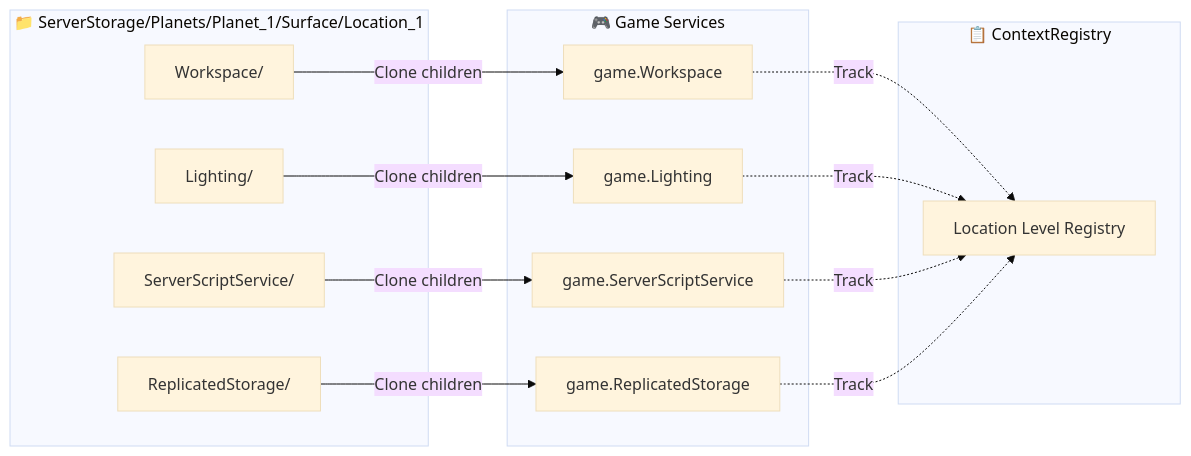
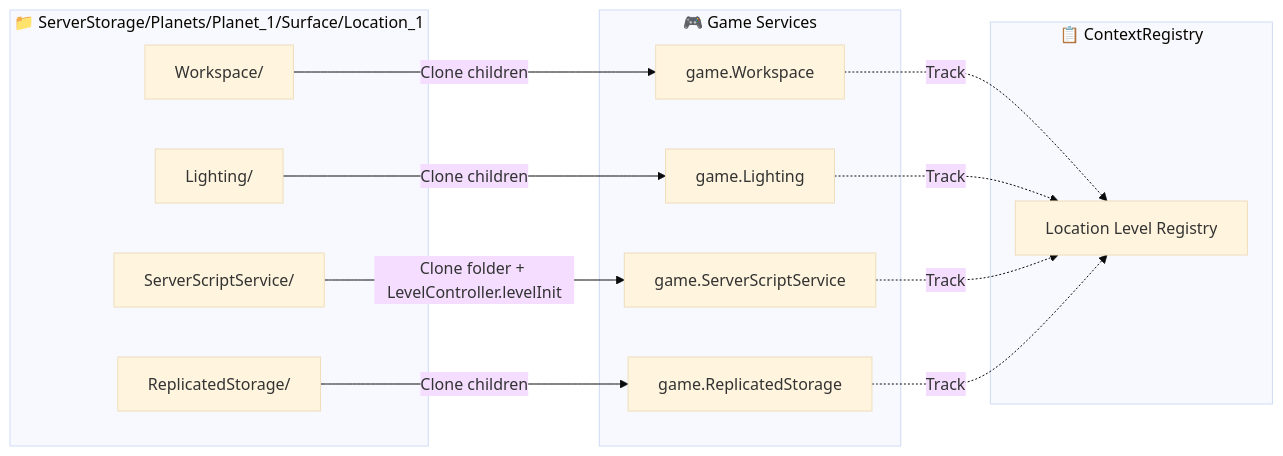
One commit to nick-fedchik/CallOfRelics changed the ninth of 18 diagrams in Docs/TechDesign/ARCHITECTURE.md. Above: the diagram before and after it, drawn with Mermaid (base theme). The commit also changed other lines of this file and 2 other files, not shown here.

First line of the commit message:
docs: Update tech docs for LevelController Framework v0.7

````diff
--- a/Docs/TechDesign/ARCHITECTURE.md
+++ b/Docs/TechDesign/ARCHITECTURE.md
@@ -457,30 +459,30 @@
 ```mermaid
 flowchart LR
     subgraph Source["📁 ServerStorage/Planets/Planet_1/Surface/Location_1"]
         SW[Workspace/]
         SL[Lighting/]
         SS[ServerScriptService/]
         SR[ReplicatedStorage/]
     end
 
     subgraph Target["🎮 Game Services"]
         TW[game.Workspace]
         TL[game.Lighting]
         TS[game.ServerScriptService]
         TR[game.ReplicatedStorage]
     end
 
     subgraph Registry["📋 ContextRegistry"]
         R[Location Level Registry]
     end
 
     SW -->|Clone children| TW
     SL -->|Clone children| TL
-    SS -->|Clone children| TS
+    SS -->|Clone folder + LevelController.levelInit| TS
     SR -->|Clone children| TR
 
     TW -.->|Track| R
     TL -.->|Track| R
     TS -.->|Track| R
     TR -.->|Track| R
 ```
````
